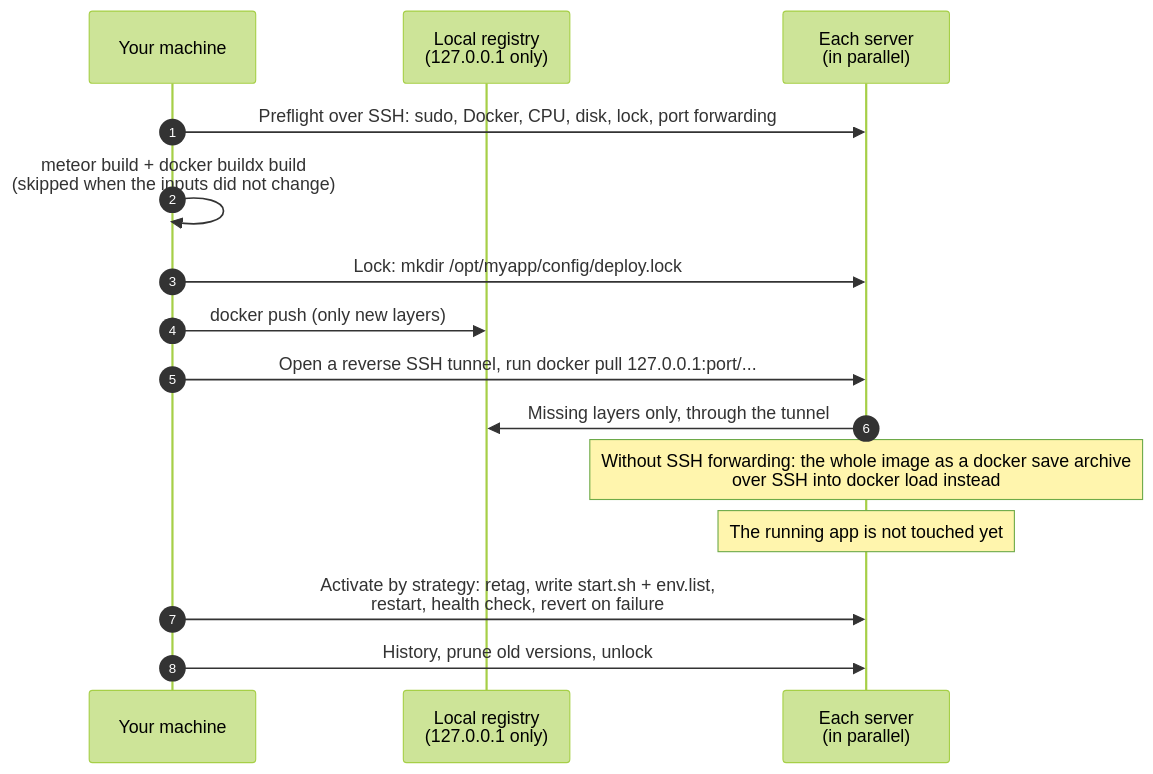
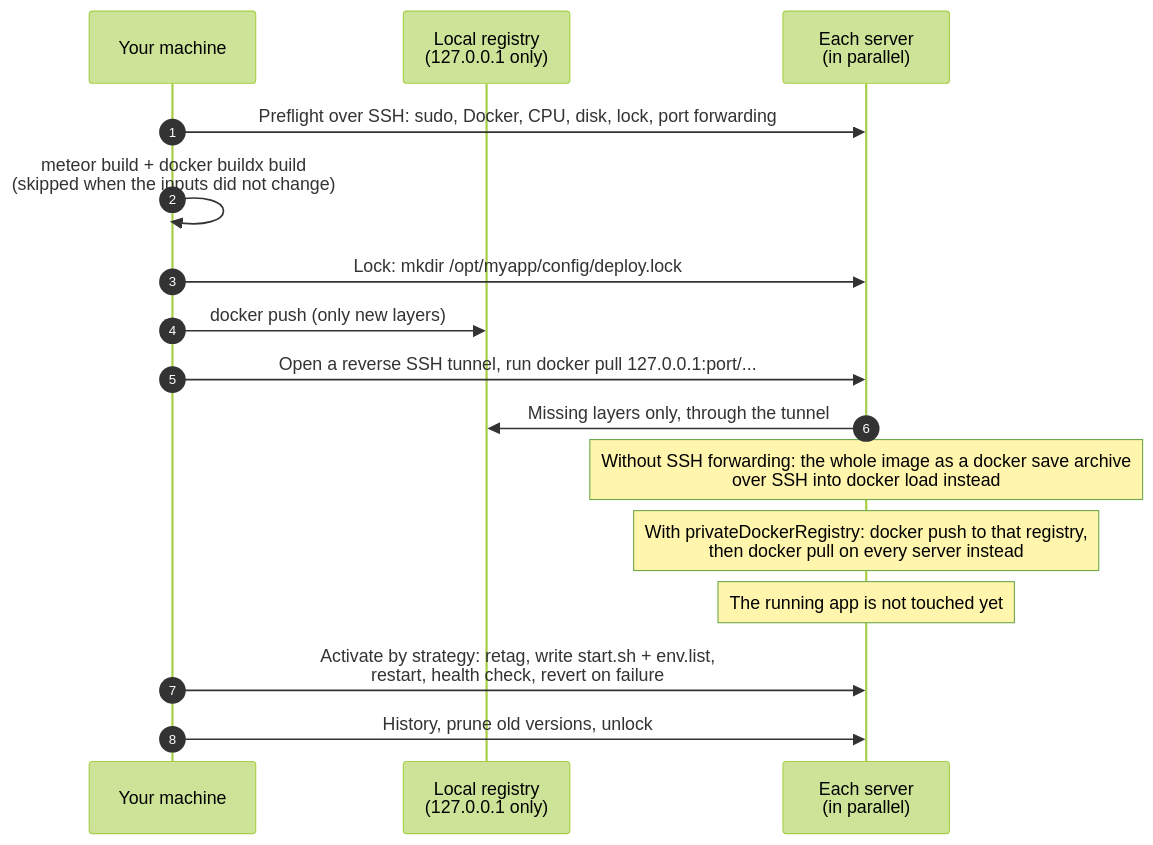
One commit to mfeuermann/meteor-deploy changed the first of 2 diagrams in docs/how-it-works.md. Above: the diagram before and after it, drawn with Mermaid (forest theme). The commit also changed other lines of this file and 6 other files, not shown here.

Commit message:
docs: private registry transfer

````diff
--- a/docs/how-it-works.md
+++ b/docs/how-it-works.md
@@ -28,17 +28,18 @@
 ```mermaid
 sequenceDiagram
     autonumber
     participant L as Your machine
     participant R as Local registry<br/>(127.0.0.1 only)
     participant S as Each server<br/>(in parallel)
     L->>S: Preflight over SSH: sudo, Docker, CPU, disk, lock, port forwarding
     L->>L: meteor build + docker buildx build<br/>(skipped when the inputs did not change)
     L->>S: Lock: mkdir /opt/myapp/config/deploy.lock
     L->>R: docker push (only new layers)
     L->>S: Open a reverse SSH tunnel, run docker pull 127.0.0.1:port/...
     S->>R: Missing layers only, through the tunnel
     Note over S: Without SSH forwarding: the whole image as a docker save archive<br/>over SSH into docker load instead
+    Note over S: With privateDockerRegistry: docker push to that registry,<br/>then docker pull on every server instead
     Note over S: The running app is not touched yet
     L->>S: Activate by strategy: retag, write start.sh + env.list,<br/>restart, health check, revert on failure
     L->>S: History, prune old versions, unlock
 ```
````
